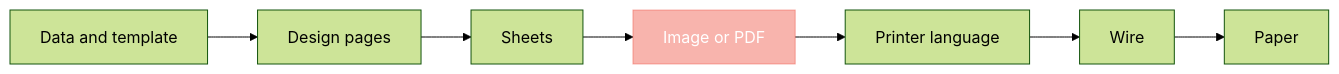
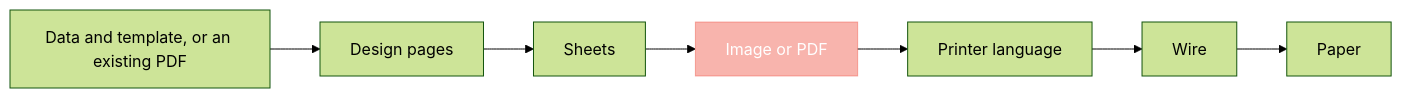
The second of 4 diagrams in docs/ARCHITECTURE.md (SAR-dev/PrintNinja), drawn with Mermaid (forest theme) before and after one commit. The commit also changed other lines of this file and 47 other files, not shown here.

````diff
--- a/docs/ARCHITECTURE.md
+++ b/docs/ARCHITECTURE.md
@@ -38,7 +41,7 @@
 ```mermaid
 flowchart LR
-    D[Data and template] --> P[Design pages] --> S[Sheets]
+    D[Data and template, or an existing PDF] --> P[Design pages] --> S[Sheets]
     S --> O[Image or PDF] --> L[Printer language] --> W[Wire] --> PAP[Paper]
     classDef remote fill:#e436,stroke:#e436,color:#fff
     class O remote
 ```
````
